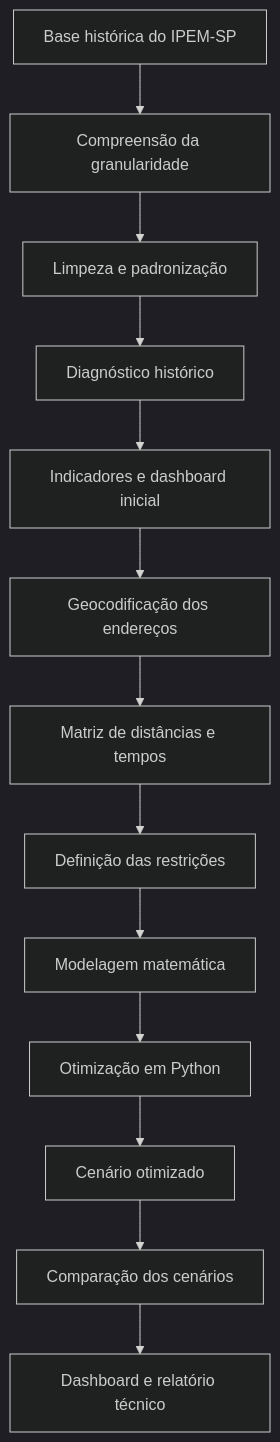
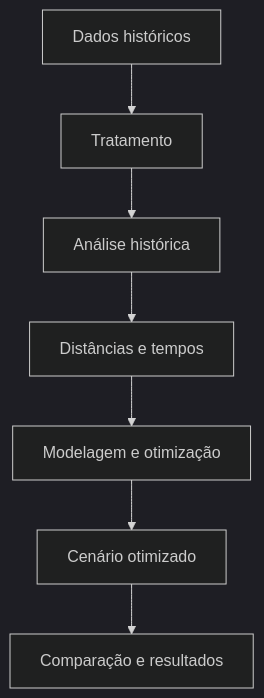
Before and after one commit to SafeFlow-1-0/Api_log3: the diagram in README.md, drawn with Mermaid (dark theme). The commit also changed other lines of this file, not shown here.

````diff
--- a/README.md
+++ b/README.md
@@ -347,15 +150,9 @@
 ```mermaid
 flowchart TD
-    A["Base histórica do IPEM-SP"] --> B["Compreensão da granularidade"]
-    B --> C["Limpeza e padronização"]
-    C --> D["Diagnóstico histórico"]
-    D --> E["Indicadores e dashboard inicial"]
-    E --> F["Geocodificação dos endereços"]
-    F --> G["Matriz de distâncias e tempos"]
-    G --> H["Definição das restrições"]
-    H --> I["Modelagem matemática"]
-    I --> J["Otimização em Python"]
-    J --> K["Cenário otimizado"]
-    K --> L["Comparação dos cenários"]
-    L --> M["Dashboard e relatório técnico"]
+    A["Dados históricos"] --> B["Tratamento"]
+    B --> C["Análise histórica"]
+    C --> D["Distâncias e tempos"]
+    D --> E["Modelagem e otimização"]
+    E --> F["Cenário otimizado"]
+    F --> G["Comparação e resultados"]
 ```
````
